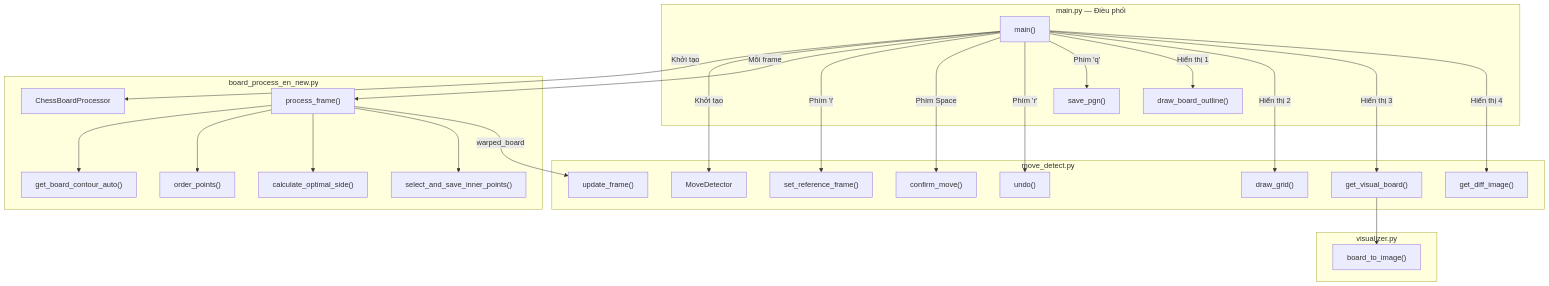
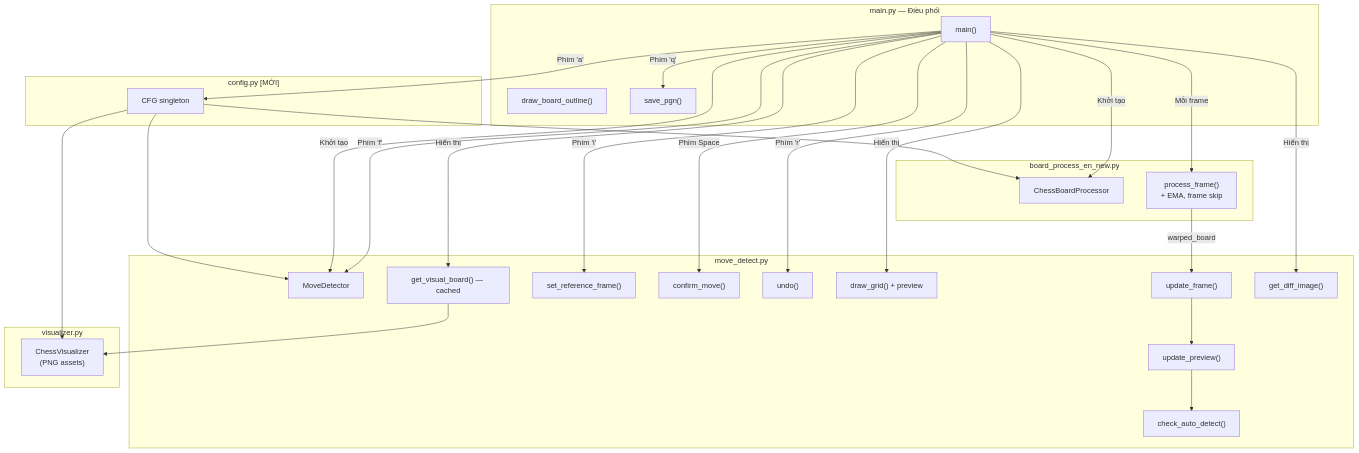
The diagram in logic_main.md (TrGiaHuy1710-valid/testChess), drawn with Mermaid before and after one commit. The commit also changed other lines of this file and 3 other files, not shown here.

````diff
--- a/logic_main.md
+++ b/logic_main.md
@@ -9,50 +9,54 @@
 ```mermaid
 graph TD
     subgraph "main.py — Điều phối"
         MAIN["main()"]
         DBO["draw_board_outline()"]
         SPGN["save_pgn()"]
     end
 
+    subgraph "config.py [MỚI]"
+        CFG["CFG singleton"]
+    end
+
     subgraph "board_process_en_new.py"
         CBP["ChessBoardProcessor"]
-        PF["process_frame()"]
-        GBA["get_board_contour_auto()"]
-        OP_B["order_points()"]
-        COS["calculate_optimal_side()"]
-        SSIP["select_and_save_inner_points()"]
+        PF["process_frame()<br>+ EMA, frame skip"]
     end
 
     subgraph "move_detect.py"
         MD["MoveDetector"]
         UF["update_frame()"]
         SRF["set_reference_frame()"]
         CM["confirm_move()"]
         UNDO["undo()"]
-        DG["draw_grid()"]
-        GVB["get_visual_board()"]
+        DG["draw_grid() + preview"]
+        GVB["get_visual_board() — cached"]
         GDI["get_diff_image()"]
+        UP["update_preview()"]
+        CAD["check_auto_detect()"]
     end
 
     subgraph "visualizer.py"
-        BTI["board_to_image()"]
+        CV["ChessVisualizer<br>(PNG assets)"]
     end
 
+    CFG --> CBP
+    CFG --> MD
+    CFG --> CV
     MAIN -->|"Khởi tạo"| CBP
     MAIN -->|"Khởi tạo"| MD
     MAIN -->|"Mỗi frame"| PF
-    PF --> GBA
-    PF --> OP_B
-    PF --> COS
-    PF --> SSIP
     PF -->|"warped_board"| UF
+    UF --> UP
+    UP --> CAD
     MAIN -->|"Phím 'i'"| SRF
     MAIN -->|"Phím Space"| CM
     MAIN -->|"Phím 'r'"| UNDO
+    MAIN -->|"Phím 'f'"| MD
+    MAIN -->|"Phím 'a'"| CFG
     MAIN -->|"Phím 'q'"| SPGN
-    MAIN -->|"Hiển thị 1"| DBO
-    MAIN -->|"Hiển thị 2"| DG
-    MAIN -->|"Hiển thị 3"| GVB
-    GVB --> BTI
-    MAIN -->|"Hiển thị 4"| GDI
+    MAIN -->|"Hiển thị"| DG
+    MAIN -->|"Hiển thị"| GVB
+    GVB --> CV
+    MAIN -->|"Hiển thị"| GDI
 ```
````
